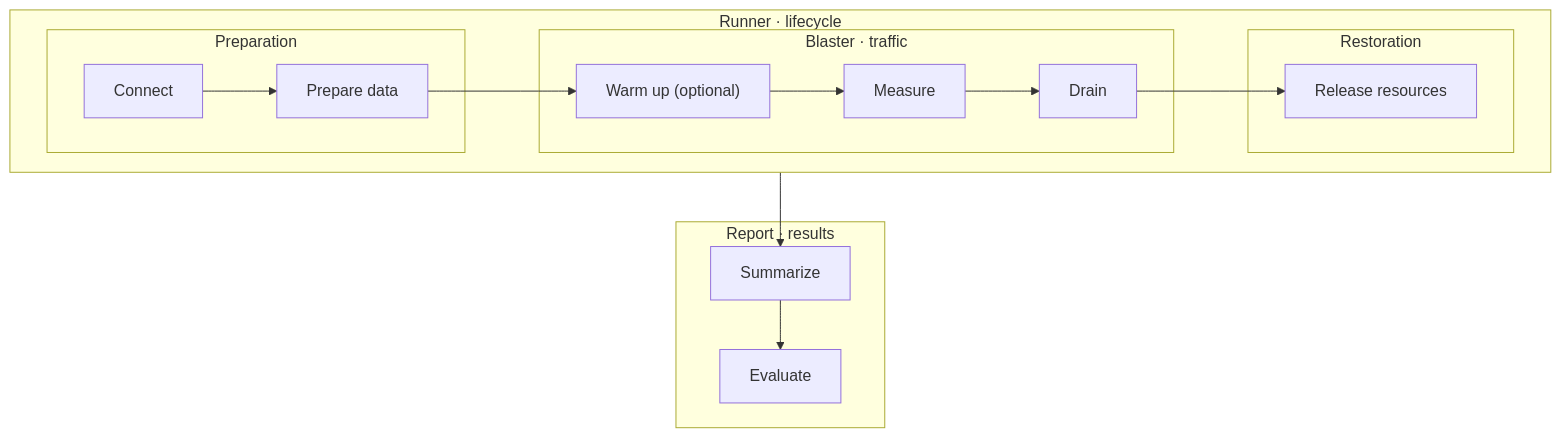
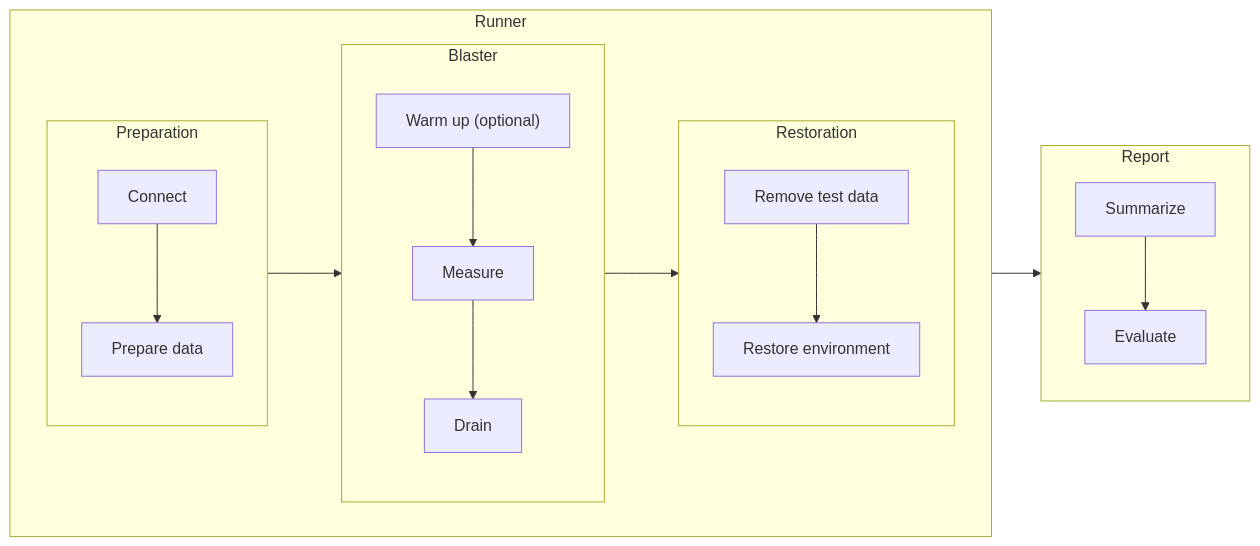
Before and after one commit to sonic-net/sonic-mgmt: the first of 2 diagrams in docs/testplan/gnmi-benchmark-design.md, drawn with Mermaid. The commit also changed other lines of this file and 3 other files, not shown here.

Commit message:
Improve benchmark diagrams and separate experimental results

````diff
--- a/docs/testplan/gnmi-benchmark-design.md
+++ b/docs/testplan/gnmi-benchmark-design.md
@@ -16,21 +16,24 @@
 ```mermaid
-flowchart TB
-    subgraph Runner["Runner · lifecycle"]
+flowchart LR
+    subgraph Runner["Runner"]
         direction LR
         subgraph Preparation["Preparation"]
+            direction TB
             Connect["Connect"] --> Resources["Prepare data"]
         end
-        subgraph Blaster["Blaster · traffic"]
+        subgraph Blaster["Blaster"]
+            direction TB
             Warmup["Warm up (optional)"] --> Measure["Measure"] --> Drain["Drain"]
         end
         subgraph Restoration["Restoration"]
-            Cleanup["Release resources"]
+            direction TB
+            Cleanup["Remove test data"] --> Restore["Restore environment"]
         end
-        Resources --> Warmup
-        Drain --> Cleanup
+        Preparation --> Blaster --> Restoration
     end
-    subgraph Report["Report · results"]
+    subgraph Report["Report"]
+        direction TB
         Summarize["Summarize"] --> Evaluate["Evaluate"]
     end
-    Cleanup --> Summarize
+    Runner --> Report
 ```
````
